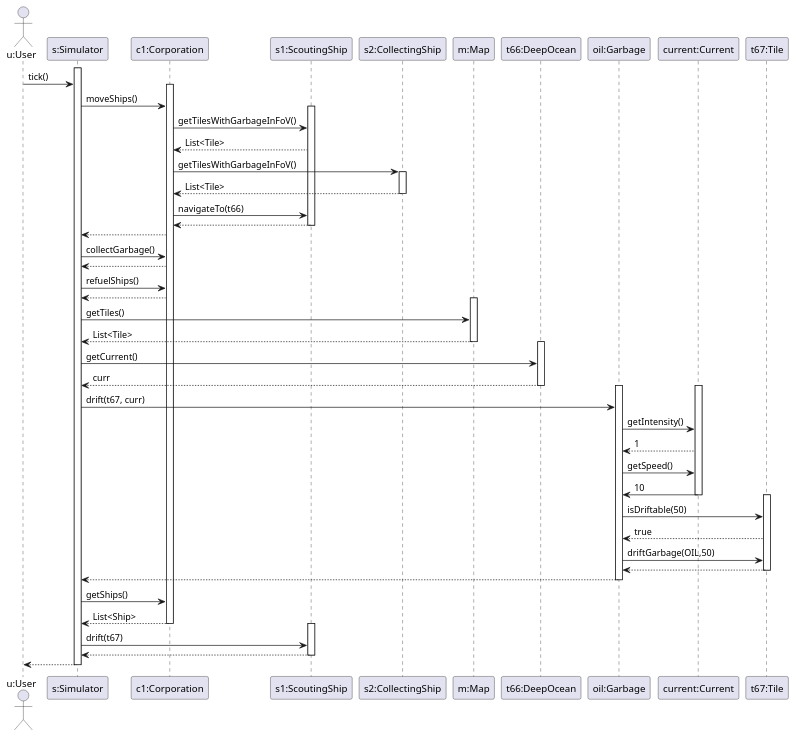
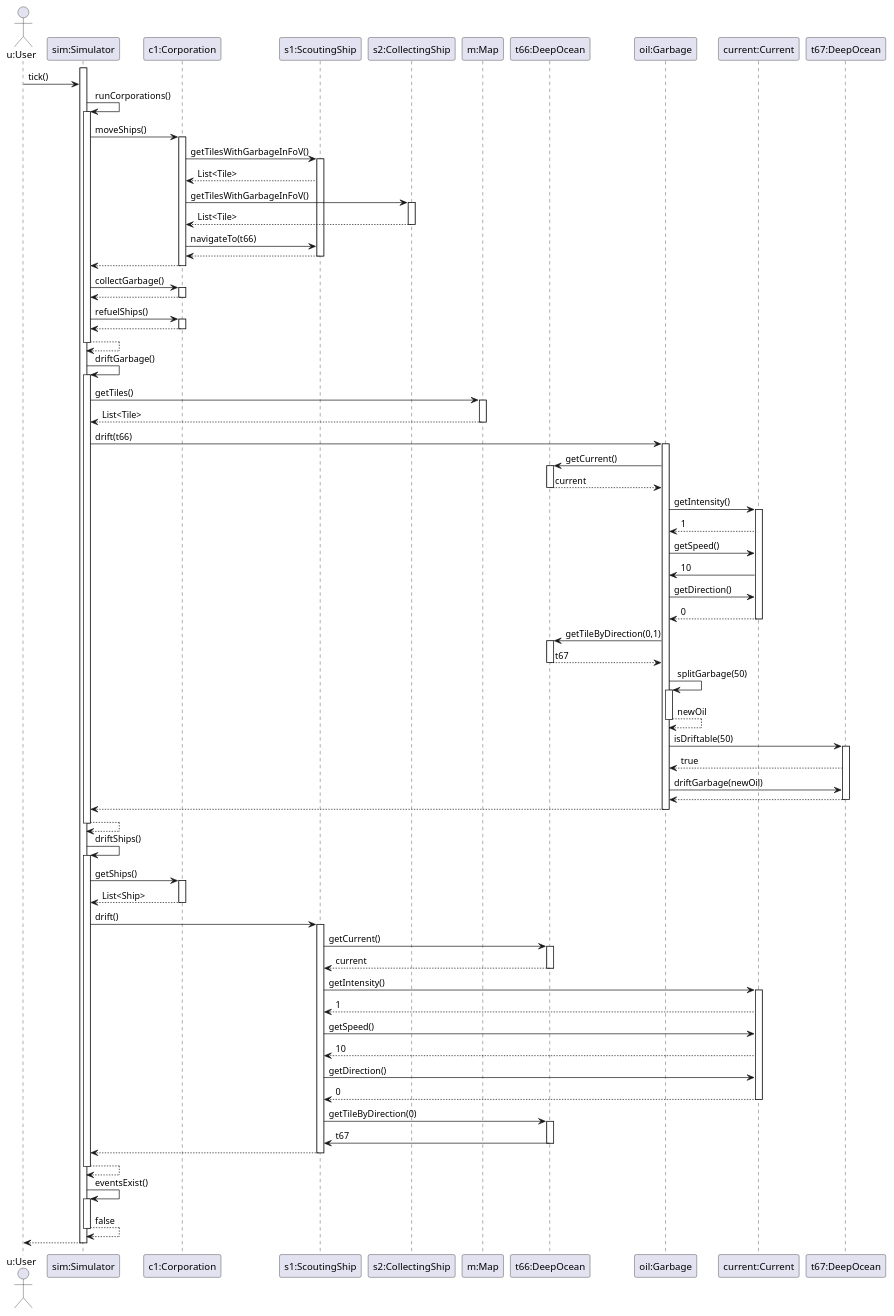
One commit to Atharvakore/Save-The-Saardines changed the diagram in SequenceTick25.puml. Above: the diagram before and after it, drawn with PlantUML.

```diff
--- a/SequenceTick25.puml
+++ b/SequenceTick25.puml
@@ -1,93 +1,173 @@
 @startuml
 actor "u:User" as u
-participant "s:Simulator" as s
+participant "sim:Simulator" as s
 participant "c1:Corporation" as c1
 participant "s1:ScoutingShip" as scouting
 participant "s2:CollectingShip" as collecting
 participant "m:Map" as m
 participant "t66:DeepOcean" as t66
 participant "oil:Garbage" as oil
 participant "current:Current" as current
-participant "t67:Tile" as t67
+participant "t67:DeepOcean" as t67
 
 
 
 
 activate s
 u -> s: tick()
+
+s -> s: runCorporations()
+activate s
+
+s -> c1: moveShips()
 activate c1
-s -> c1: moveShips()
 
+c1 -> scouting: getTilesWithGarbageInFoV()
 activate scouting
-c1 -> scouting: getTilesWithGarbageInFoV()
+
 scouting --> c1: List<Tile>
 
 c1 -> collecting: getTilesWithGarbageInFoV()
 activate collecting
 
 collecting --> c1: List<Tile>
 deactivate collecting
 
 c1 -> scouting: navigateTo(t66)
 scouting --> c1
 deactivate scouting
 
 
 c1 --> s
+deactivate c1
+
 
 s -> c1: collectGarbage()
+activate c1
 c1--> s
+deactivate c1
+
 
 s -> c1: refuelShips()
+activate c1
 c1--> s
+deactivate c1
 
+s --> s
+deactivate s
 
+s -> s: driftGarbage()
+activate s
+
+s -> m: getTiles()
 activate m
-s -> m: getTiles()
+
 m --> s : List<Tile>
 deactivate m
 
+s -> oil: drift(t66)
+activate oil
+
+oil -> t66: getCurrent()
 activate t66
-s -> t66: getCurrent()
-t66 --> s: curr
+
+t66 --> oil: current
 deactivate t66
 
-' Here the problem is: Current can drift more than 1 tile, but we call drift(t67,curr)
-' without actually computing the destination tile, we just assume it goes there and then
-' query getIntensity() and getSpeed() which makes no sense at this point.
+oil -> current: getIntensity()
+activate current
 
-activate oil
-activate current
-s -> oil: drift(t67, curr)
-oil -> current: getIntensity()
 current --> oil: 1
 
 
 
 oil -> current: getSpeed()
 current-> oil: 10
+
+oil -> current: getDirection()
+current --> oil: 0
 deactivate current
+oil -> t66: getTileByDirection(0,1)
+activate t66
 
+t66 --> oil: t67
+deactivate t66
+
+oil -> oil: splitGarbage(50)
+activate oil
+oil --> oil: newOil
+deactivate oil
+' Here the problem is: Current can drift more than 1 tile, but we call drift(t67,curr)
+' without actually computing the destination tile, we just assume it goes there and then
+' query getIntensity() and getSpeed() which makes no sense at this point.
+
+oil -> t67: isDriftable(50)
 activate t67
-oil -> t67: isDriftable(50)
+
 t67 --> oil: true
-oil -> t67: driftGarbage(OIL,50)
+
+
+
+
+oil -> t67: driftGarbage(newOil)
 t67 --> oil
 deactivate t67
 
 oil --> s
 deactivate oil
 
+s --> s
+deactivate s
+
+
+s -> s: driftShips()
+activate s
 
 s -> c1: getShips()
+activate c1
+
 c1 --> s: List<Ship>
 deactivate c1
+s -> scouting: drift()
 activate scouting
-s -> scouting: drift(t67)
+
+scouting -> t66: getCurrent()
+activate t66
+
+t66 --> scouting: current
+deactivate t66
+
+
+scouting -> current: getIntensity()
+activate current
+
+current --> scouting: 1
+
+scouting -> current: getSpeed()
+current --> scouting: 10
+
+scouting -> current: getDirection()
+current --> scouting: 0
+deactivate current
+
+scouting -> t66: getTileByDirection(0)
+activate t66
+
+t66 -> scouting: t67
+deactivate t66
+
+
 scouting --> s
 deactivate scouting
+
+s --> s
+deactivate s
+s -> s: eventsExist()
+activate s
+s --> s: false
+deactivate s
 
 s --> u
 deactivate s
 
 @enduml
```
